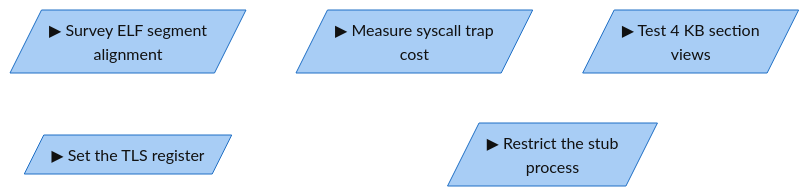
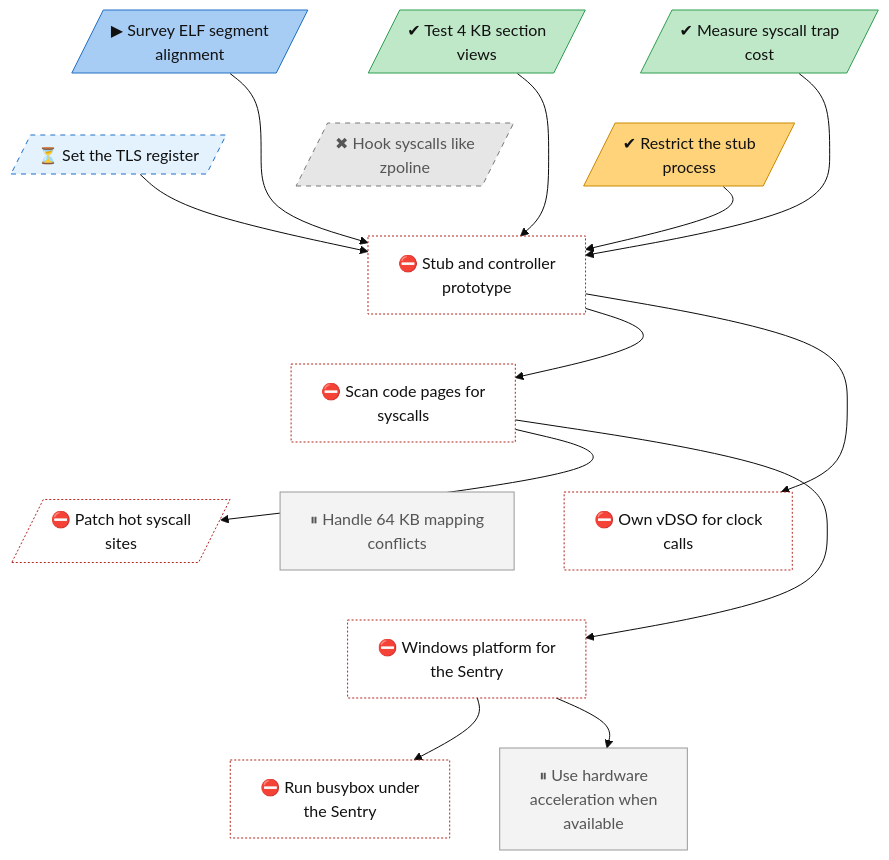
One commit to lhns/gvisor-windows changed the diagram in docs/roadmap/tracks/platform.md. Above: the diagram before and after it, drawn with Mermaid (base theme). The commit also changed other lines of this file and 13 other files, not shown here.

````diff
--- a/docs/roadmap/tracks/platform.md
+++ b/docs/roadmap/tracks/platform.md
@@ -10,26 +10,64 @@
 ```mermaid
 flowchart TB
     platform_elf_alignment_survey[/"▶ Survey ELF segment<br/>alignment"/]
-    platform_trap_cost[/"▶ Measure syscall trap<br/>cost"/]
-    platform_4k_section_views[/"▶ Test 4 KB section<br/>views"/]
-    platform_tls_register[/"▶ Set the TLS register"/]
-    platform_restricted_stub[/"▶ Restrict the stub<br/>process"/]
+    platform_trap_cost[/"✔ Measure syscall trap<br/>cost"/]
+    platform_4k_section_views[/"✔ Test 4 KB section<br/>views"/]
+    platform_tls_register[/"⏳ Set the TLS register"/]
+    platform_restricted_stub[/"✔ Restrict the stub<br/>process"/]
+    platform_zpoline_hooks[/"✖ Hook syscalls like<br/>zpoline"/]
+    platform_stub_controller["⛔ Stub and controller<br/>prototype"]
+    platform_page_verification["⛔ Scan code pages for<br/>syscalls"]
+    platform_syscall_fast_path[/"⛔ Patch hot syscall<br/>sites"/]
+    platform_own_vdso["⛔ Own vDSO for clock<br/>calls"]
+    platform_64k_mapping_conflicts["⏸ Handle 64 KB mapping<br/>conflicts"]
+    platform_winstub["⛔ Windows platform for<br/>the Sentry"]
+    platform_busybox_on_windows["⛔ Run busybox under<br/>the Sentry"]
+    platform_hardware_acceleration["⏸ Use hardware<br/>acceleration when<br/>available"]
     platform_elf_alignment_survey ~~~ platform_tls_register
     platform_trap_cost ~~~ platform_restricted_stub
-    platform_4k_section_views ~~~ platform_restricted_stub
+    platform_4k_section_views ~~~ platform_zpoline_hooks
+    platform_tls_register ~~~ platform_stub_controller
+    platform_restricted_stub ~~~ platform_stub_controller
+    platform_zpoline_hooks ~~~ platform_stub_controller
+    platform_stub_controller ~~~ platform_page_verification
+    platform_page_verification ~~~ platform_syscall_fast_path
+    platform_page_verification ~~~ platform_own_vdso
+    platform_page_verification ~~~ platform_64k_mapping_conflicts
+    platform_syscall_fast_path ~~~ platform_winstub
+    platform_own_vdso ~~~ platform_winstub
+    platform_64k_mapping_conflicts ~~~ platform_winstub
+    platform_winstub ~~~ platform_busybox_on_windows
+    platform_winstub ~~~ platform_hardware_acceleration
+    platform_elf_alignment_survey --> platform_stub_controller
+    platform_trap_cost --> platform_stub_controller
+    platform_4k_section_views --> platform_stub_controller
+    platform_tls_register --> platform_stub_controller
+    platform_restricted_stub --> platform_stub_controller
+    platform_stub_controller --> platform_page_verification
+    platform_page_verification --> platform_syscall_fast_path
+    platform_stub_controller --> platform_own_vdso
+    platform_page_verification --> platform_winstub
+    platform_winstub --> platform_busybox_on_windows
+    platform_winstub --> platform_hardware_acceleration
     classDef vsucc fill:#2e9e4f,stroke:#1b6b34,color:#fff
     classDef succ fill:#bfe8c8,stroke:#2e9e4f,color:#111
     classDef mixed fill:#ffd37a,stroke:#c98a00,color:#111
     classDef bad fill:#f28b82,stroke:#b3261e,color:#111
     classDef dead fill:#e6e6e6,stroke:#777,stroke-dasharray:5 5,color:#555
     classDef inprog fill:#a8cdf5,stroke:#1f6fc5,color:#111
     classDef next fill:#fff,stroke:#333,color:#111
     classDef blocked fill:#fff,stroke:#b3261e,stroke-dasharray:2 2,color:#111
     classDef parked fill:#f3f3f3,stroke:#999,color:#555
     classDef unrated fill:#fff,stroke:#333,stroke-dasharray:1 3,color:#111
     classDef gate fill:#d9c2f0,stroke:#7b3fb5,color:#111
     classDef decided fill:#ece0f7,stroke:#7b3fb5,stroke-dasharray:2 2,color:#111
     classDef finding fill:#ffe0b2,stroke:#d84315,stroke-width:2px,color:#111
     classDef waiting fill:#e3f2fd,stroke:#1f6fc5,stroke-dasharray:5 5,color:#111
-    class platform_elf_alignment_survey,platform_trap_cost,platform_4k_section_views,platform_tls_register,platform_restricted_stub inprog
+    class platform_elf_alignment_survey inprog
+    class platform_trap_cost,platform_4k_section_views succ
+    class platform_tls_register waiting
+    class platform_restricted_stub mixed
+    class platform_zpoline_hooks dead
+    class platform_stub_controller,platform_page_verification,platform_syscall_fast_path,platform_own_vdso,platform_winstub,platform_busybox_on_windows blocked
+    class platform_64k_mapping_conflicts,platform_hardware_acceleration parked
 ```
````
